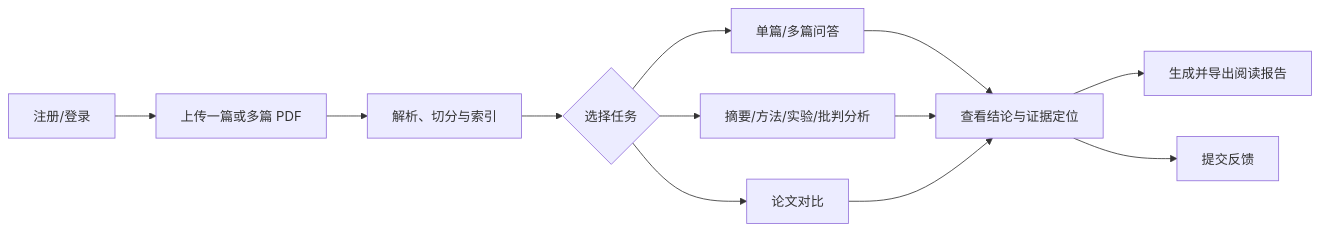
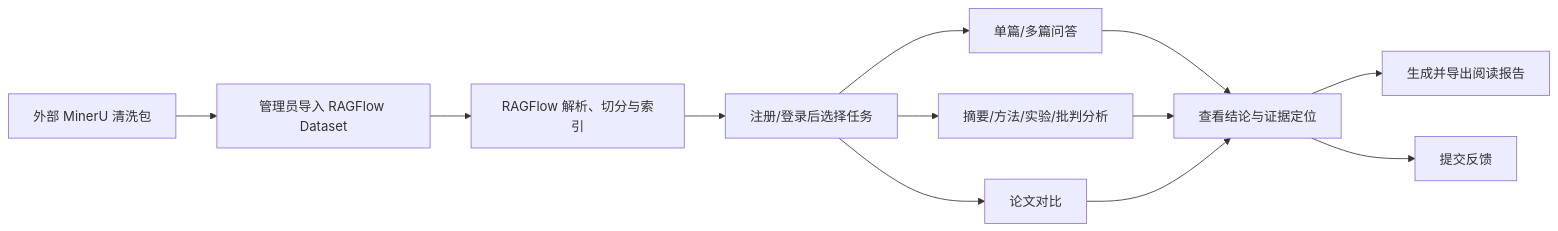
Before and after one commit to szy2334/ragflow-course-project: the first of 11 diagrams in 科研论文智能阅读系统_完整项目设计文档.md, drawn with Mermaid. The commit also changed other lines of this file, not shown here.

Commit message:
docs: adopt MinerU and RAGFlow pipeline

```diff
--- a/科研论文智能阅读系统_完整项目设计文档.md
+++ b/科研论文智能阅读系统_完整项目设计文档.md
@@ -345,14 +347,14 @@
 ~~~mermaid
 flowchart LR
-    A["注册/登录"] --> B["上传一篇或多篇 PDF"]
-    B --> C["解析、切分与索引"]
-    C --> D{"选择任务"}
+    A["外部 MinerU 清洗包"] --> B["管理员导入 RAGFlow Dataset"]
+    B --> C["RAGFlow 解析、切分与索引"]
+    C --> D["注册/登录后选择任务"]
     D --> E["单篇/多篇问答"]
     D --> F["摘要/方法/实验/批判分析"]
     D --> G["论文对比"]
     E --> H["查看结论与证据定位"]
     F --> H
     G --> H
     H --> I["生成并导出阅读报告"]
     H --> J["提交反馈"]
 ~~~
```
